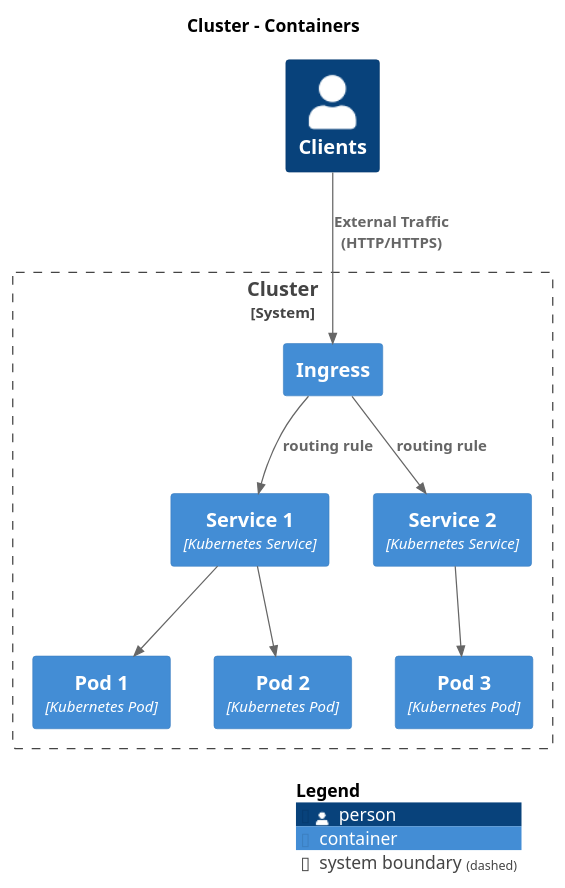
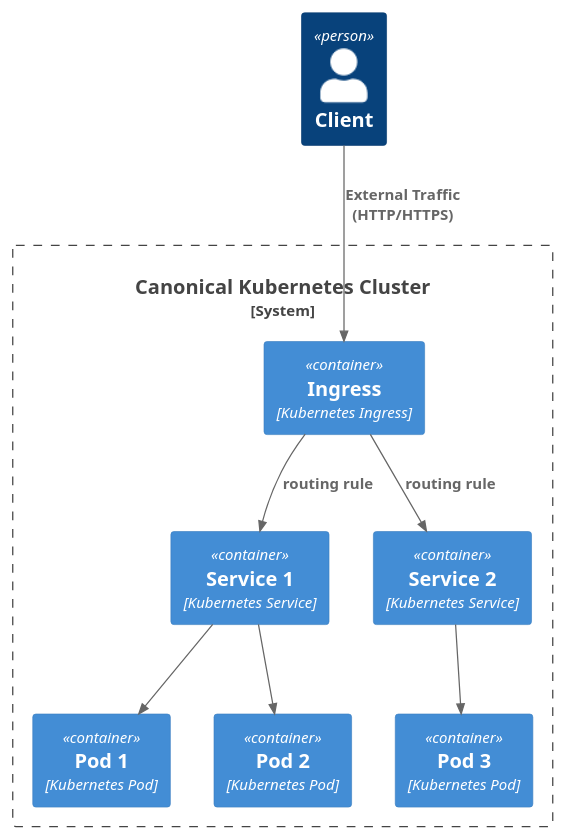
One commit to canonical/k8s-snap changed the diagram in docs/src/assets/ingress.puml. Above: the diagram before and after it, drawn with PlantUML.

Commit message:
remove some things from diagram

```diff
--- a/docs/src/assets/ingress.puml
+++ b/docs/src/assets/ingress.puml
@@ -1,30 +1,27 @@
 @startuml
 set separator none
-title Cluster - Containers
 
 top to bottom direction
 
 !include <C4/C4>
 !include <C4/C4_Context>
 !include <C4/C4_Container>
 
-Person(Clients, "Clients", $descr="", $tags="", $link="")
+Person(Clients, "Client", $descr="", $tags="", $link="")
 
-System_Boundary("Cluster_boundary", "Cluster", $tags="") {
+System_Boundary("Cluster_boundary", "Canonical Kubernetes Cluster", $tags="") {
   Container(Cluster.Pod1, "Pod 1", $techn="Kubernetes Pod", $descr="", $tags="", $link="")
   Container(Cluster.Pod2, "Pod 2", $techn="Kubernetes Pod", $descr="", $tags="", $link="")
   Container(Cluster.Pod3, "Pod 3", $techn="Kubernetes Pod", $descr="", $tags="", $link="")
-  Container(Cluster.Ingress, "Ingress", $techn="", $descr="", $tags="", $link="")
+  Container(Cluster.Ingress, "Ingress", $techn="Kubernetes Ingress", $descr="", $tags="", $link="")
   Container(Cluster.Service1, "Service 1", $techn="Kubernetes Service", $descr="", $tags="", $link="")
   Container(Cluster.Service2, "Service 2", $techn="Kubernetes Service", $descr="", $tags="", $link="")
 }
 
 Rel(Cluster.Service1, Cluster.Pod1, "", $techn="", $tags="", $link="")
 Rel(Cluster.Service1, Cluster.Pod2, "", $techn="", $tags="", $link="")
 Rel(Cluster.Service2, Cluster.Pod3, "", $techn="", $tags="", $link="")
 Rel(Clients, Cluster.Ingress, "External Traffic (HTTP/HTTPS)", $techn="", $tags="", $link="")
 Rel(Cluster.Ingress, Cluster.Service1, "routing rule", $techn="", $tags="", $link="")
 Rel(Cluster.Ingress, Cluster.Service2, "routing rule", $techn="", $tags="", $link="")
-
-SHOW_LEGEND(true)
 @enduml
```
